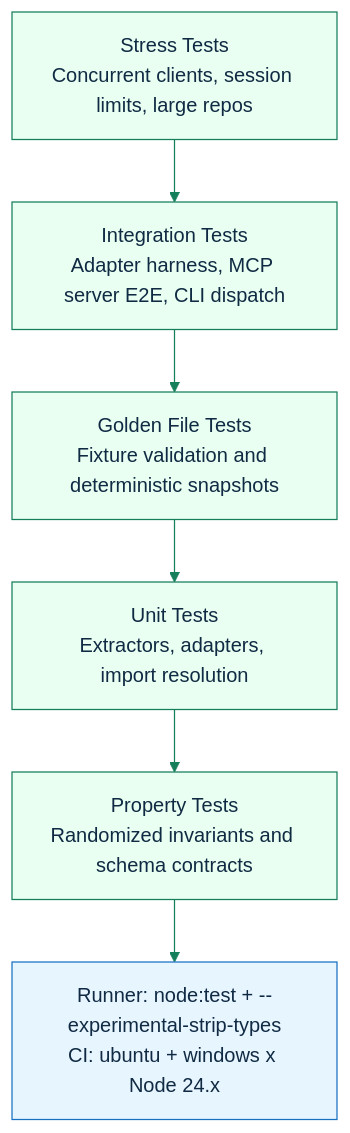
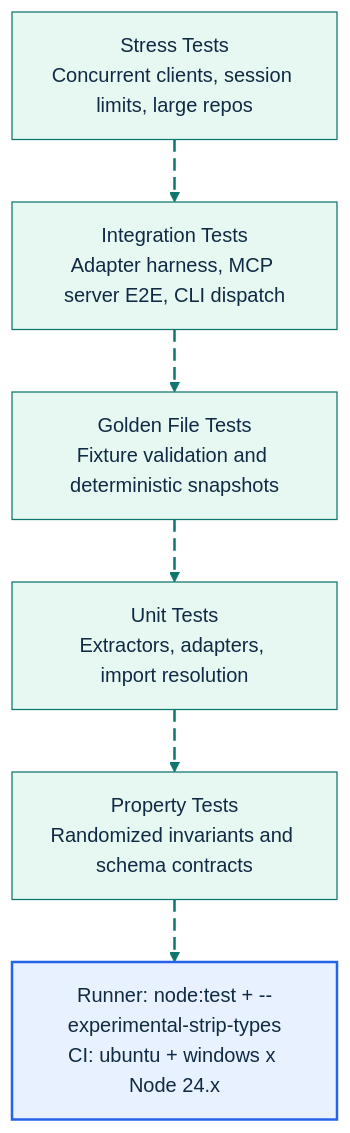
The diagram in docs/testing.md (GlitterKill/sdl-mcp), drawn with Mermaid before and after one commit. The commit also changed 33 other files, not shown here.

First line of the commit message:
docs: update mermaid diagram themes and styling across documentation

````diff
--- a/docs/testing.md
+++ b/docs/testing.md
@@ -47,11 +47,20 @@
 ```mermaid
-%%{init: {"theme":"base","themeVariables":{"primaryColor":"#e8fff1","primaryBorderColor":"#157f5b","primaryTextColor":"#102a43","secondaryColor":"#eef6ff","secondaryBorderColor":"#2563eb","tertiaryColor":"#fff4d6","tertiaryBorderColor":"#b45309","lineColor":"#157f5b","fontFamily":"Trebuchet MS, Arial"},"flowchart":{"curve":"basis"}}}%%
+%%{init: {"theme":"base","themeVariables":{"background":"#ffffff","primaryColor":"#E7F8F2","primaryBorderColor":"#0F766E","primaryTextColor":"#102A43","secondaryColor":"#E8F1FF","secondaryBorderColor":"#2563EB","secondaryTextColor":"#102A43","tertiaryColor":"#FFF4D6","tertiaryBorderColor":"#B45309","tertiaryTextColor":"#102A43","lineColor":"#0F766E","textColor":"#102A43","fontFamily":"Inter, ui-sans-serif, system-ui, -apple-system, BlinkMacSystemFont, Segoe UI, sans-serif"},"flowchart":{"curve":"basis","htmlLabels":true}}}%%
 flowchart TD
-    Stress["Stress Tests<br/>Concurrent clients, session limits, large repos"] --> Integration["Integration Tests<br/>Adapter harness, MCP server E2E, CLI dispatch"]
-    Integration --> Golden["Golden File Tests<br/>Fixture validation and deterministic snapshots"]
-    Golden --> Unit["Unit Tests<br/>Extractors, adapters, import resolution"]
-    Unit --> Property["Property Tests<br/>Randomized invariants and schema contracts"]
-    Property --> Runner["Runner: node:test + --experimental-strip-types<br/>CI: ubuntu + windows x Node 24.x"]
+    Stress["Stress Tests<br/>Concurrent clients, session limits, large repos"] e1@--> Integration["Integration Tests<br/>Adapter harness, MCP server E2E, CLI dispatch"]
+    Integration e2@--> Golden["Golden File Tests<br/>Fixture validation and deterministic snapshots"]
+    Golden e3@--> Unit["Unit Tests<br/>Extractors, adapters, import resolution"]
+    Unit e4@--> Property["Property Tests<br/>Randomized invariants and schema contracts"]
+    Property e5@--> Runner["Runner: node:test + --experimental-strip-types<br/>CI: ubuntu + windows x Node 24.x"]
 
-    style Runner fill:#e7f5ff,stroke:#1971c2
+    style Runner fill:#E8F1FF,stroke:#2563EB,stroke-width:2px,color:#102A43
+
+    classDef source fill:#E7F8F2,stroke:#0F766E,stroke-width:2px,color:#102A43;
+    classDef process fill:#E8F1FF,stroke:#2563EB,stroke-width:2px,color:#102A43;
+    classDef decision fill:#FFF4D6,stroke:#B45309,stroke-width:2px,color:#102A43;
+    classDef storage fill:#F2E8FF,stroke:#7C3AED,stroke-width:2px,color:#102A43;
+    classDef output fill:#FFE8EF,stroke:#BE123C,stroke-width:2px,color:#102A43;
+    classDef muted fill:#F8FAFC,stroke:#64748B,stroke-width:1px,color:#102A43;
+    classDef animate stroke:#0F766E,stroke-width:2px,stroke-dasharray:10\,5,stroke-dashoffset:900,animation:dash 22s linear infinite;
+    class e1,e2,e3,e4,e5 animate;
 ```
````
